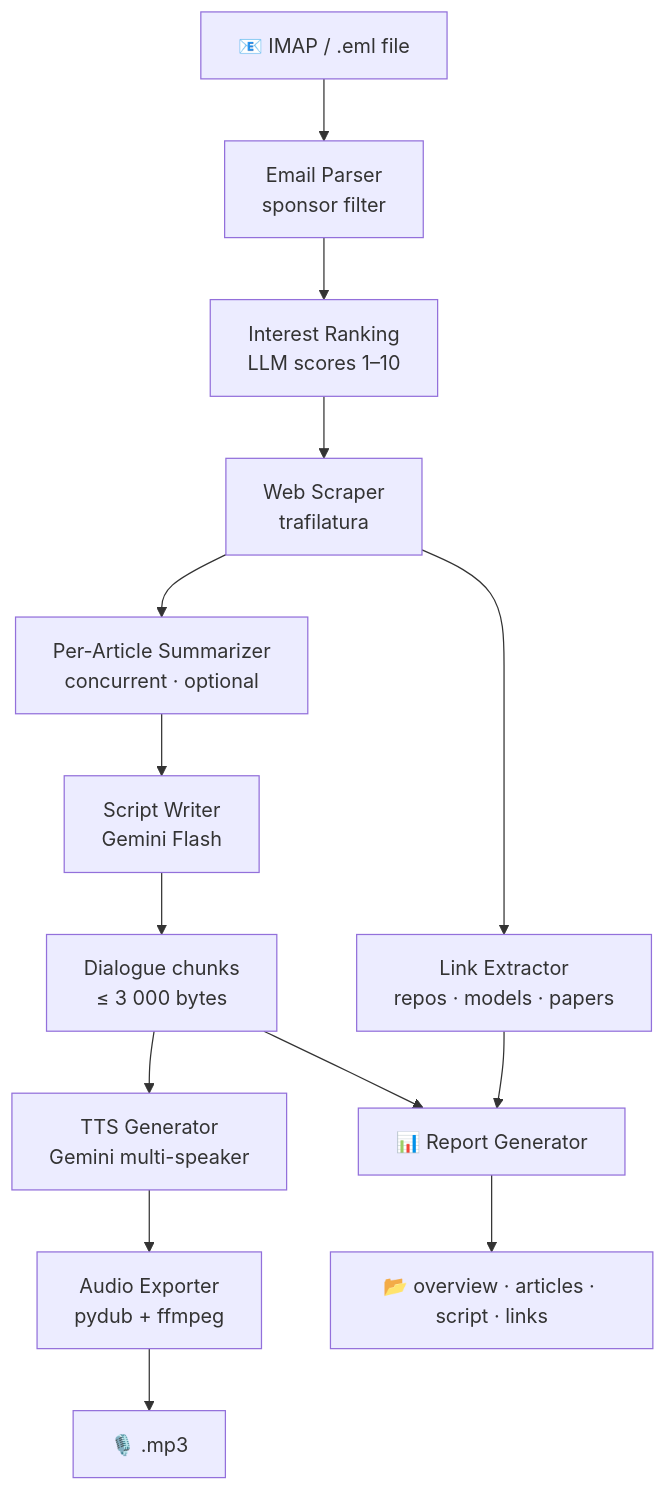
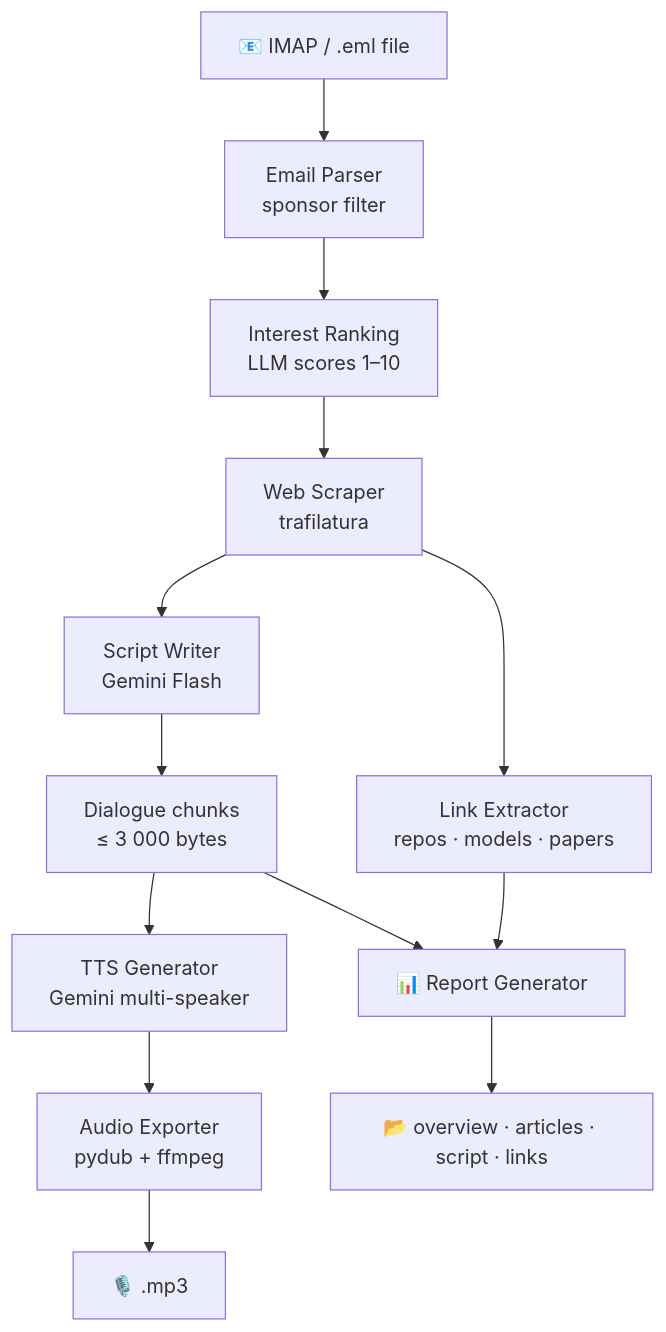
Before and after one commit to obeone/tldr-podcast: the diagram in README.md, drawn with Mermaid. The commit also changed other lines of this file and 3 other files, not shown here.

````diff
--- a/README.md
+++ b/README.md
@@ -14,23 +14,21 @@
 ```mermaid
 flowchart TB
     IN[📧 IMAP / .eml file] --> EP[Email Parser<br>sponsor filter]
     EP --> RANK[Interest Ranking<br>LLM scores 1–10]
 
     RANK --> WS[Web Scraper<br>trafilatura]
 
-    WS --> SUM[Per-Article Summarizer<br>concurrent · optional]
+    WS --> LLM[Script Writer<br>Gemini Flash]
     WS --> LE[Link Extractor<br>repos · models · papers]
-
-    SUM --> LLM[Script Writer<br>Gemini Flash]
 
     LLM --> DC[Dialogue chunks<br>≤ 3 000 bytes]
 
     DC --> TTS[TTS Generator<br>Gemini multi-speaker]
     DC --> RPT[📊 Report Generator]
     LE --> RPT
 
     TTS --> AE[Audio Exporter<br>pydub + ffmpeg]
 
     AE --> MP3[🎙️ .mp3]
     RPT --> OUT[📂 overview · articles · script · links]
 ```
````
